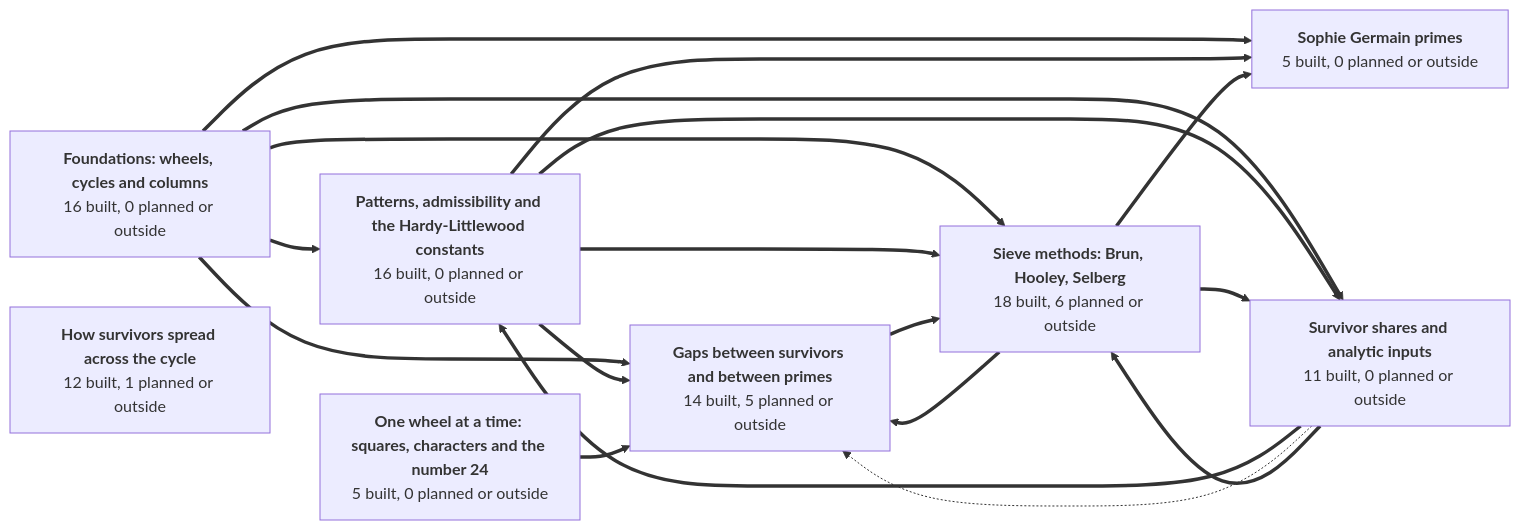
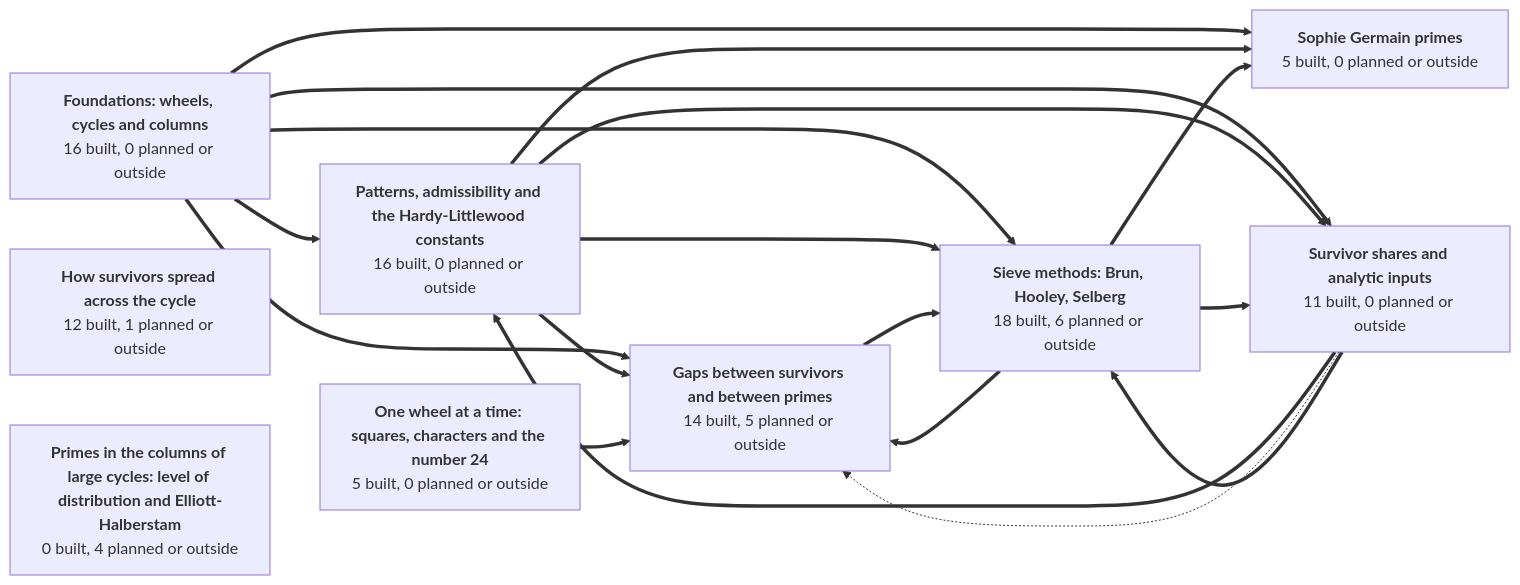
The first of 10 diagrams in GRAPH.md (golfbum71/RNS-Sieve-Network), drawn with Mermaid before and after one commit. The commit also changed other lines of this file and 18 other files, not shown here.

First line of the commit message:
Elliott-Halberstam family: four planned nodes (ProgressionPNT, DenseDivisibility, LevelOfDistribution, SmoothLevel) with sources; node list and graph

````diff
--- a/GRAPH.md
+++ b/GRAPH.md
@@ -45,36 +45,38 @@
 ```mermaid
 graph LR
   g1["<b>Foundations: wheels, cycles and columns</b><br/>16 built, 0 planned or outside"]
   g2["<b>Patterns, admissibility and the Hardy-Littlewood constants</b><br/>16 built, 0 planned or outside"]
   g3["<b>How survivors spread across the cycle</b><br/>12 built, 1 planned or outside"]
   g4["<b>Gaps between survivors and between primes</b><br/>14 built, 5 planned or outside"]
   g5["<b>Sophie Germain primes</b><br/>5 built, 0 planned or outside"]
   g6["<b>Survivor shares and analytic inputs</b><br/>11 built, 0 planned or outside"]
   g7["<b>One wheel at a time: squares, characters and the number 24</b><br/>5 built, 0 planned or outside"]
   g8["<b>Sieve methods: Brun, Hooley, Selberg</b><br/>18 built, 6 planned or outside"]
+  g9["<b>Primes in the columns of large cycles: level of distribution and Elliott-Halberstam</b><br/>0 built, 4 planned or outside"]
   g1 ==> g2
   g1 ==> g4
   g1 ==> g5
   g1 ==> g6
   g1 ==> g8
   g2 ==> g4
   g2 ==> g5
   g2 ==> g6
   g2 ==> g8
   g4 ==> g8
   g6 ==> g2
   g6 -.-> g4
   g6 ==> g8
   g7 ==> g4
   g8 ==> g4
   g8 ==> g5
   g8 ==> g6
   click g1 href "https://github.com/golfbum71/RNS-Sieve-Network/blob/main/GRAPH.md#foundations-wheels-cycles-and-columns" _self
   click g2 href "https://github.com/golfbum71/RNS-Sieve-Network/blob/main/GRAPH.md#patterns-admissibility-and-the-hardy-littlewood-constants" _self
   click g3 href "https://github.com/golfbum71/RNS-Sieve-Network/blob/main/GRAPH.md#how-survivors-spread-across-the-cycle" _self
   click g4 href "https://github.com/golfbum71/RNS-Sieve-Network/blob/main/GRAPH.md#gaps-between-survivors-and-between-primes" _self
   click g5 href "https://github.com/golfbum71/RNS-Sieve-Network/blob/main/GRAPH.md#sophie-germain-primes" _self
   click g6 href "https://github.com/golfbum71/RNS-Sieve-Network/blob/main/GRAPH.md#survivor-shares-and-analytic-inputs" _self
   click g7 href "https://github.com/golfbum71/RNS-Sieve-Network/blob/main/GRAPH.md#one-wheel-at-a-time-squares-characters-and-the-number-24" _self
   click g8 href "https://github.com/golfbum71/RNS-Sieve-Network/blob/main/GRAPH.md#sieve-methods-brun-hooley-selberg" _self
+  click g9 href "https://github.com/golfbum71/RNS-Sieve-Network/blob/main/GRAPH.md#primes-in-the-columns-of-large-cycles-level-of-distribution-and-elliott-halberstam" _self
 ```
````
